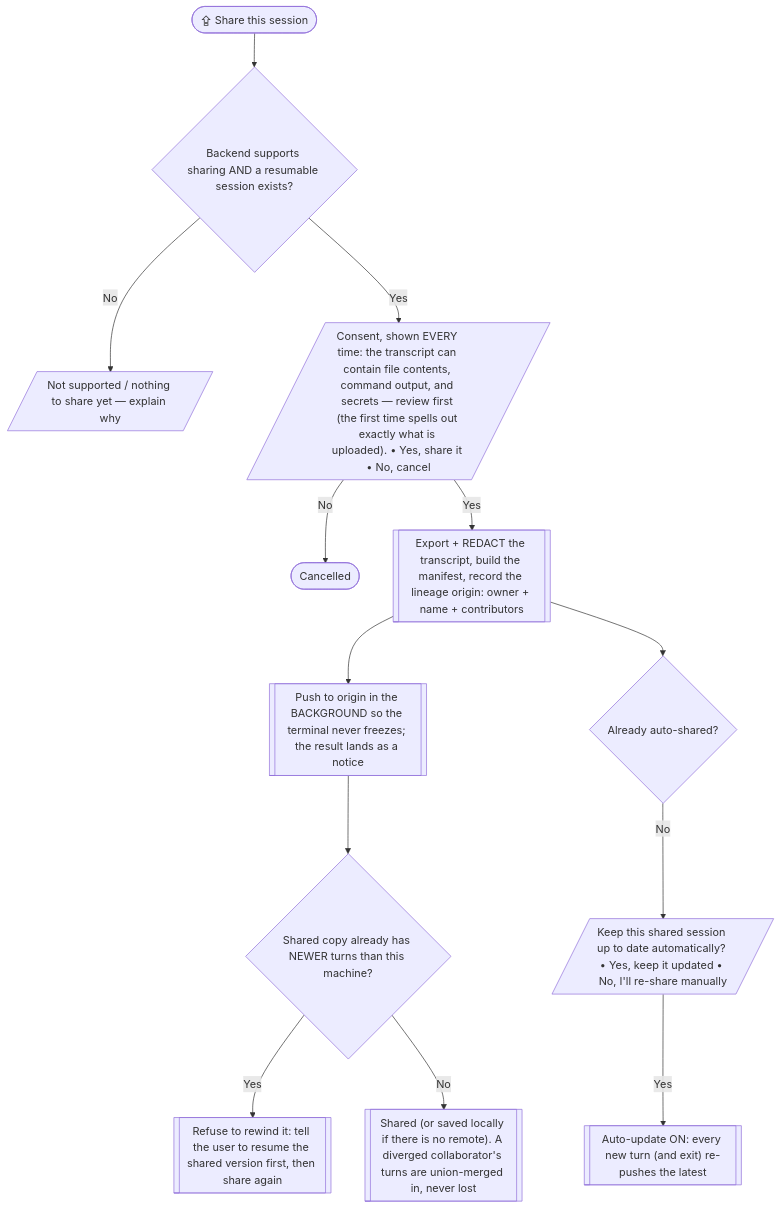
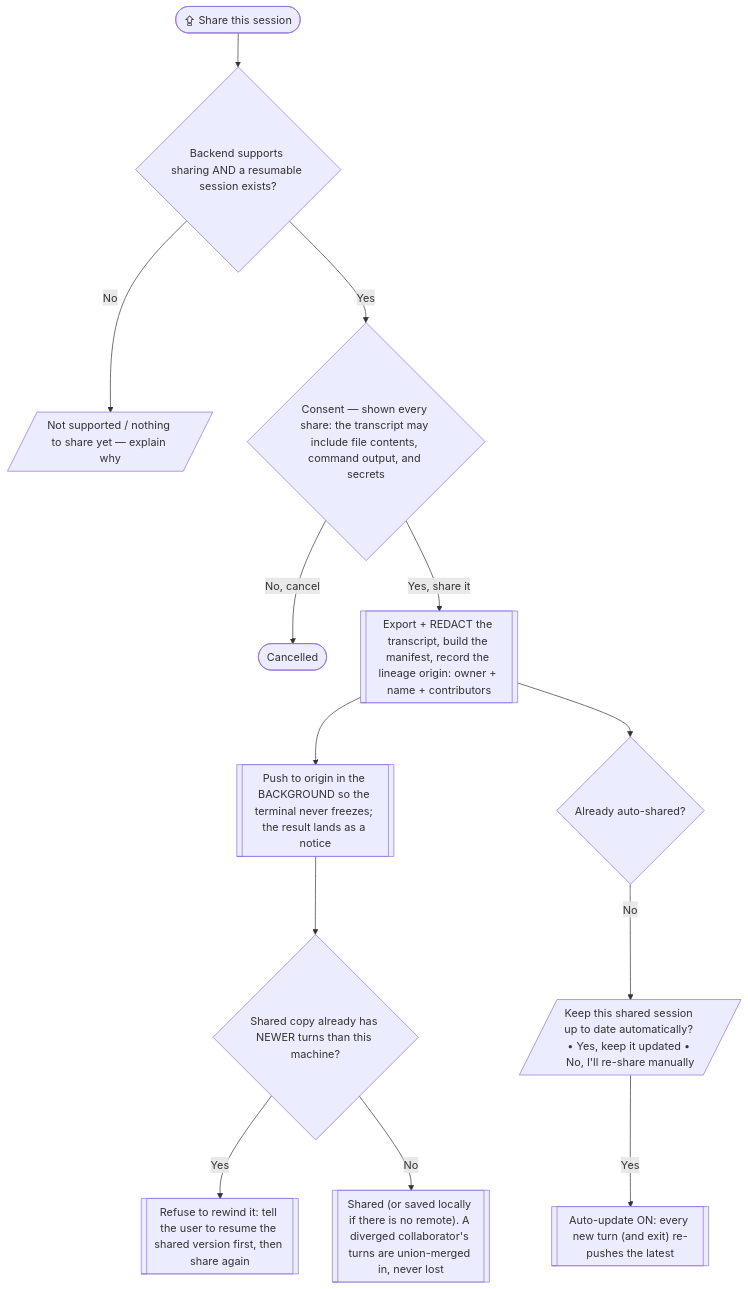
One commit to core-aix/agitrack changed diagram 12 of 15 in docs/user-flow.md. Above: the diagram before and after it, drawn with Mermaid. The commit also changed other lines of this file and 3 other files, not shown here.

````diff
--- a/docs/user-flow.md
+++ b/docs/user-flow.md
@@ -466,15 +467,15 @@
 ```mermaid
 flowchart TD
   s(["⇪ Share this session"]) --> sup{"Backend supports sharing AND a resumable session exists?"}
   sup -->|No| nope[/"Not supported / nothing to share yet — explain why"/]
-  sup -->|Yes| consent[/"Consent, shown EVERY time: the transcript can contain file contents, command output, and secrets — review first (the first time spells out exactly what is uploaded). • Yes, share it • No, cancel"/]
-  consent -->|No| cancel(["Cancelled"])
-  consent -->|Yes| redact[["Export + REDACT the transcript, build the manifest, record the lineage origin: owner + name + contributors"]]
+  sup -->|Yes| consent{"Consent — shown every share: the transcript may include file contents, command output, and secrets"}
+  consent -->|No, cancel| cancel(["Cancelled"])
+  consent -->|Yes, share it| redact[["Export + REDACT the transcript, build the manifest, record the lineage origin: owner + name + contributors"]]
   redact --> push[["Push to origin in the BACKGROUND so the terminal never freezes; the result lands as a notice"]]
   push --> behind{"Shared copy already has NEWER turns than this machine?"}
   behind -->|Yes| skip[["Refuse to rewind it: tell the user to resume the shared version first, then share again"]]
   behind -->|No| okp[["Shared (or saved locally if there is no remote). A diverged collaborator's turns are union-merged in, never lost"]]
   redact --> autoq{"Already auto-shared?"}
   autoq -->|No| autop[/"Keep this shared session up to date automatically? • Yes, keep it updated • No, I'll re-share manually"/]
   autop -->|Yes| auton[["Auto-update ON: every new turn (and exit) re-pushes the latest"]]
 ```
````
